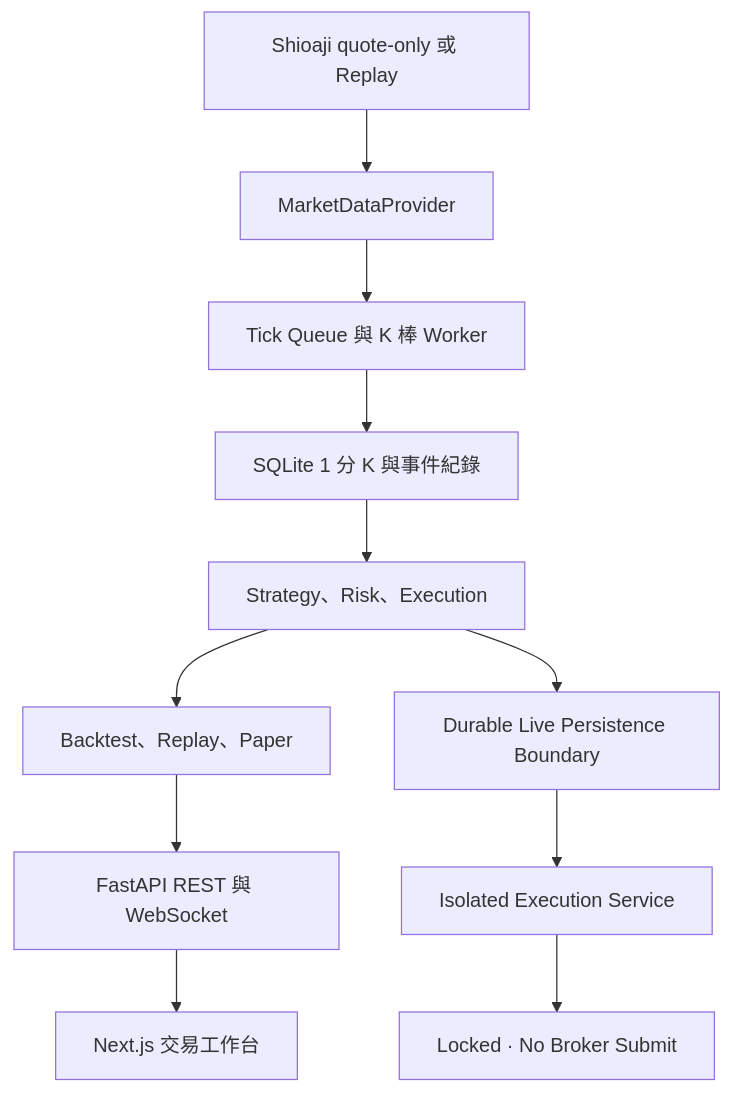
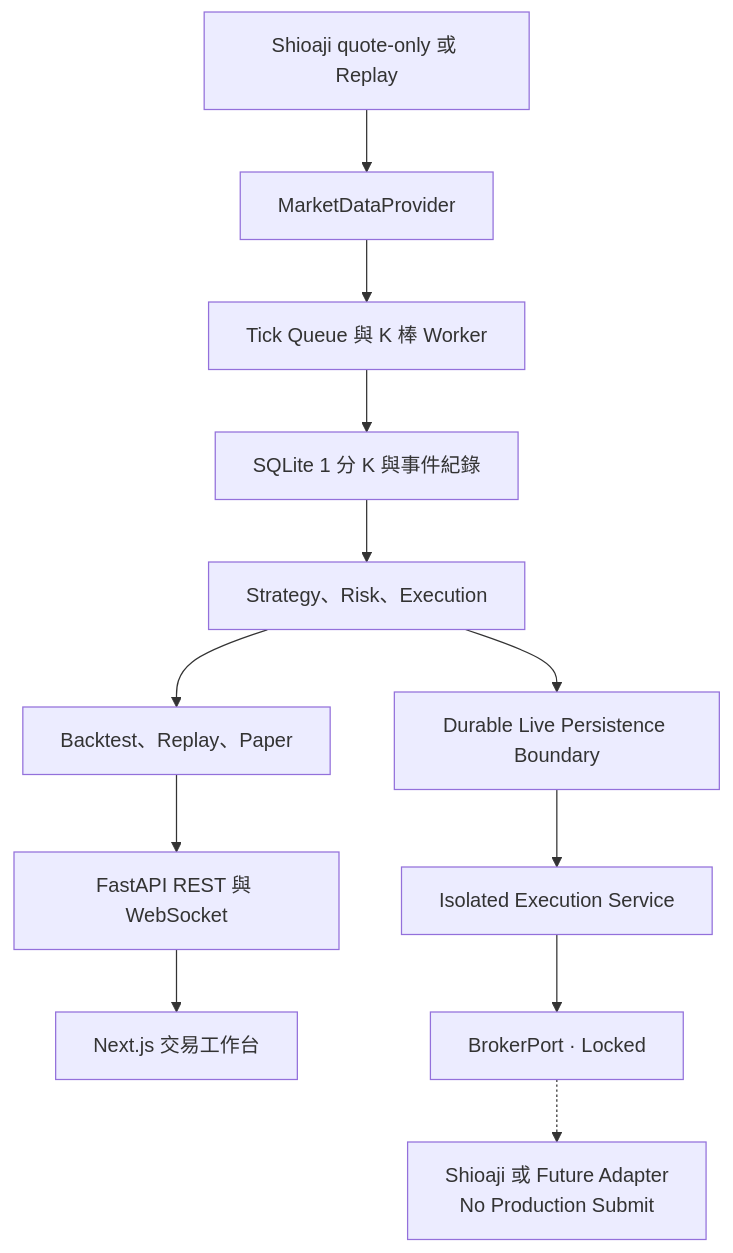
The first of 3 diagrams in README.md (3pwei/codex-tw-quant-trading-system), drawn with Mermaid before and after one commit. The commit also changed other lines of this file and 20 other files, not shown here.

````diff
--- a/README.md
+++ b/README.md
@@ -30,13 +30,14 @@
 ```mermaid
 flowchart TD
     A["Shioaji quote-only 或 Replay"] --> B["MarketDataProvider"]
     B --> C["Tick Queue 與 K 棒 Worker"]
     C --> D["SQLite 1 分 K 與事件紀錄"]
     D --> E["Strategy、Risk、Execution"]
     E --> F["Backtest、Replay、Paper"]
     F --> G["FastAPI REST 與 WebSocket"]
     G --> H["Next.js 交易工作台"]
     E --> I["Durable Live Persistence Boundary"]
     I --> J["Isolated Execution Service"]
-    J --> K["Locked · No Broker Submit"]
+    J --> K["BrokerPort · Locked"]
+    K -.-> L["Shioaji 或 Future Adapter<br/>No Production Submit"]
 ```
````
